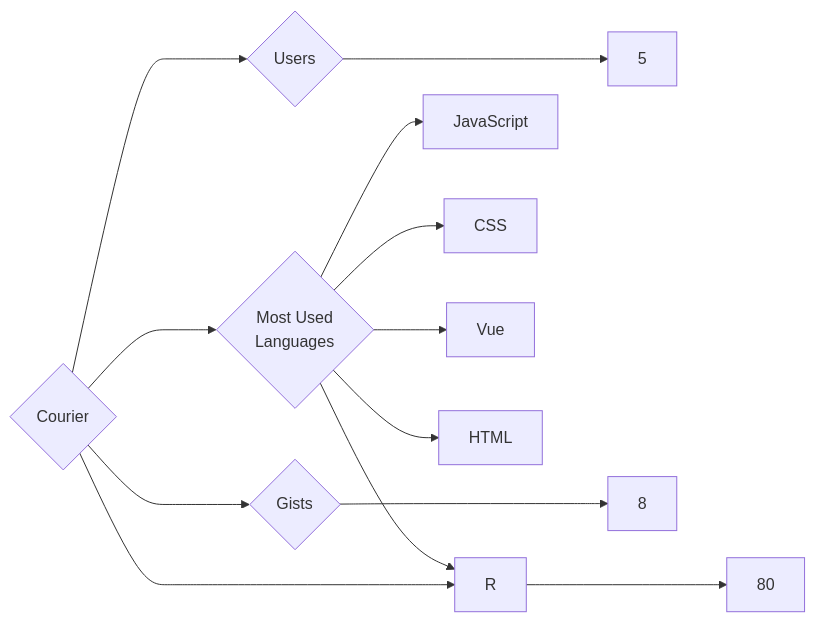
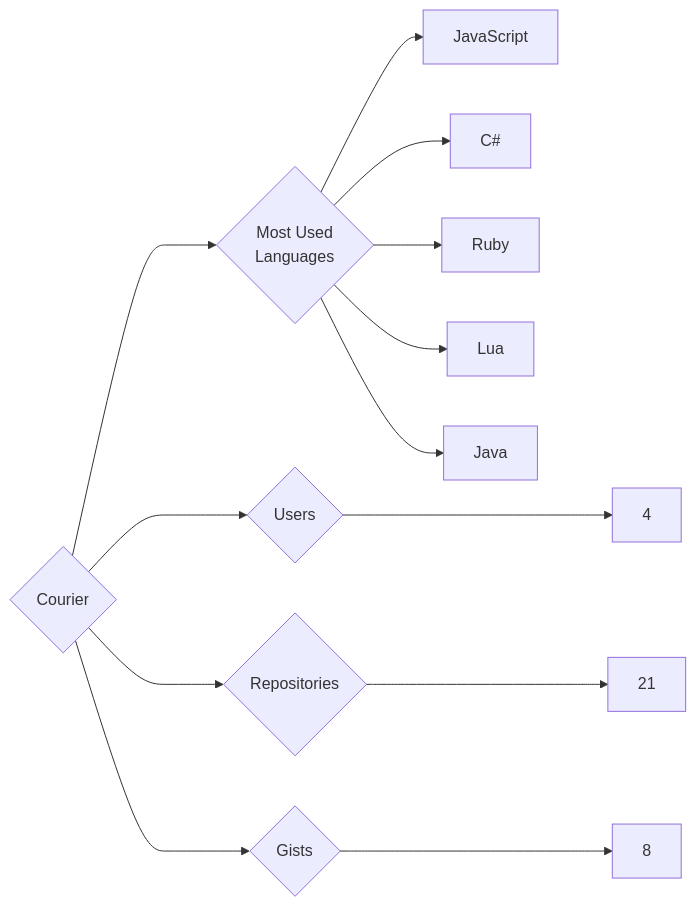
Before and after one commit to trickest/insiders: the diagram in targets/Courier/README.md, drawn with Mermaid. The commit also changed 776 other files, not shown here.

````diff
--- a/targets/Courier/README.md
+++ b/targets/Courier/README.md
@@ -3,13 +3,13 @@
 ```mermaid
 graph LR
 COMPANY_NAME{Courier}
-COMPANY_NAME ---> U{Users} ---> UN[5]
-COMPANY_NAME ---> R{Repositories} ---> RN[80]
+COMPANY_NAME ---> U{Users} ---> UN[4]
+COMPANY_NAME ---> R{Repositories} ---> RN[21]
 COMPANY_NAME ---> G{Gists} ---> GN[8]
 COMPANY_NAME ---> ML{Most Used<br>Languages}
 ML --> JavaScript[JavaScript]
-ML --> CSS[CSS]
-ML --> R[R]
-ML --> Vue[Vue]
-ML --> HTML[HTML]
+ML --> C#[C#]
+ML --> Ruby[Ruby]
+ML --> Lua[Lua]
+ML --> Java[Java]
 ```
````
